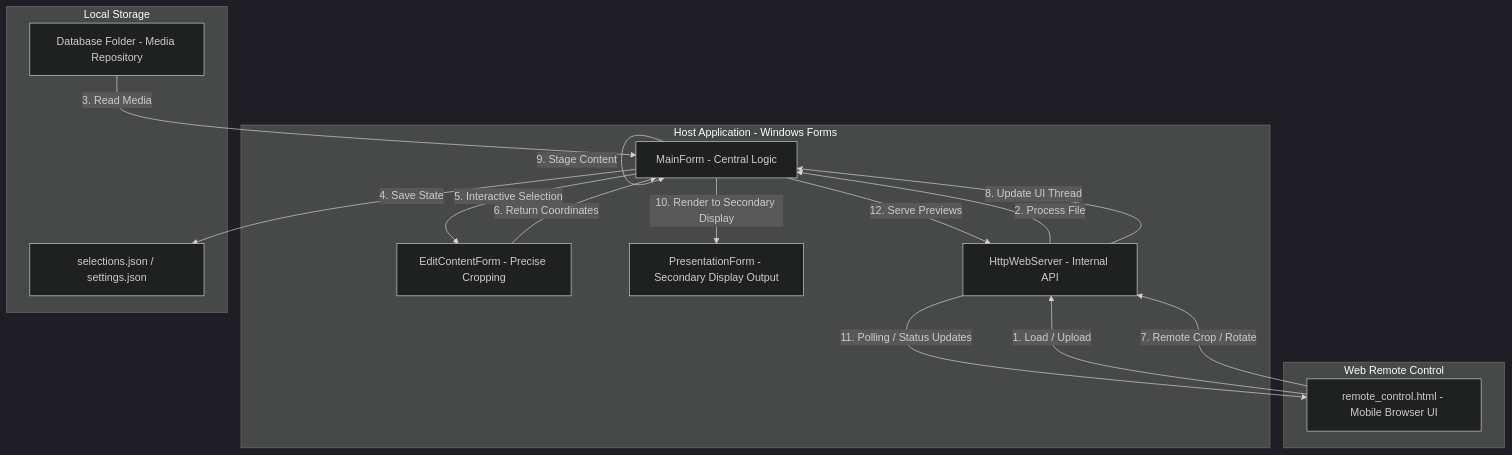
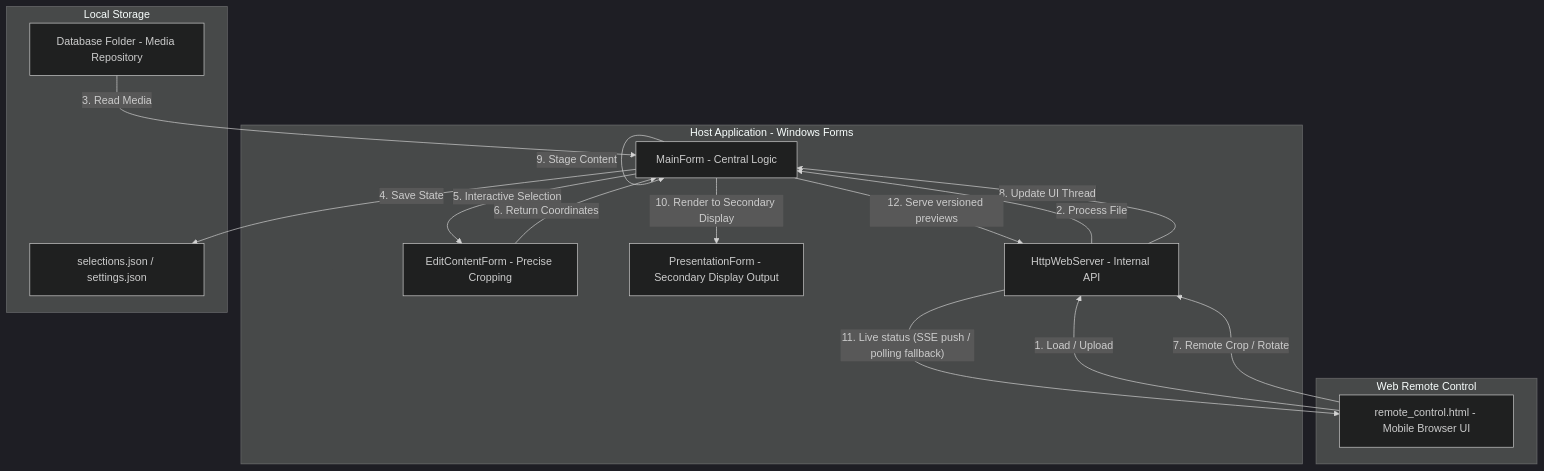
The diagram in README.md (EldhoHobby/DreamsLive_Solutions-PresenterApp1.2), drawn with Mermaid (dark theme) before and after one commit. The commit also changed other lines of this file and 4 other files, not shown here.

````diff
--- a/README.md
+++ b/README.md
@@ -7,36 +7,36 @@
 ```mermaid
 flowchart TD
     subgraph Host_PC [Host Application - Windows Forms]
         MF[MainForm - Central Logic]
         WS[HttpWebServer - Internal API]
         EF[EditContentForm - Precise Cropping]
         PF[PresentationForm - Secondary Display Output]
     end
 
     subgraph Remote_Device [Web Remote Control]
         RC[remote_control.html - Mobile Browser UI]
     end
 
     subgraph Data_Storage [Local Storage]
         DB[Database Folder - Media Repository]
         JS[selections.json / settings.json]
     end
 
     %% Workflow Connections
     RC -- "1. Load / Upload" --> WS
     WS -- "2. Process File" --> MF
     DB -- "3. Read Media" --> MF
     MF -- "4. Save State" --> JS
 
     MF -- "5. Interactive Selection" --> EF
     EF -- "6. Return Coordinates" --> MF
 
     RC -- "7. Remote Crop / Rotate" --> WS
     WS -- "8. Update UI Thread" --> MF
 
     MF -- "9. Stage Content" --> MF
     MF -- "10. Render to Secondary Display" --> PF
 
-    WS -- "11. Polling / Status Updates" --> RC
-    MF -- "12. Serve Previews" --> WS
+    WS -- "11. Live status (SSE push / polling fallback)" --> RC
+    MF -- "12. Serve versioned previews" --> WS
 ```
````
